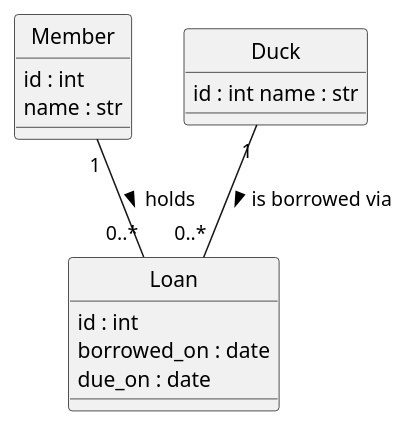
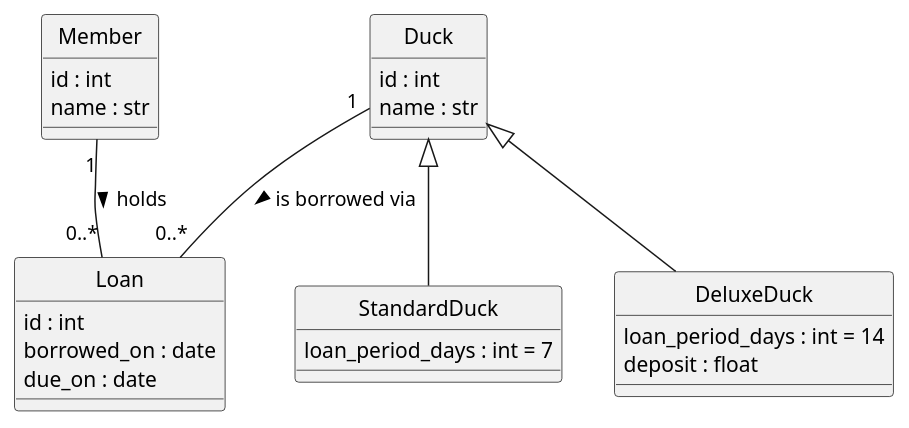
Before and after one commit to xmaslym/is212-wk5-lab: the diagram in requirements/class-diagram.puml, drawn with PlantUML. The commit also changed 3 other files, not shown here.

```diff
--- a/requirements/class-diagram.puml
+++ b/requirements/class-diagram.puml
@@ -1,17 +1,34 @@
-@startuml 
+@startuml
 hide circle 
+
 class Member { 
     id : int 
     name : str 
 } 
+
 class Duck { 
-    id : int name : str 
+    id : int 
+    name : str 
 } 
+
+class StandardDuck {
+    loan_period_days : int = 7
+}
+
+class DeluxeDuck {
+    loan_period_days : int = 14
+    deposit : float
+}
+
 class Loan { 
     id : int 
     borrowed_on : date 
     due_on : date 
 } 
+
+Duck <|-- StandardDuck
+Duck <|-- DeluxeDuck
+
 Member "1" -- "0..*" Loan : holds > 
-Duck "1" -- "0..*" Loan : is borrowed via > 
+Duck "1" -- "0..*" Loan : is borrowed via >
 @enduml
```
